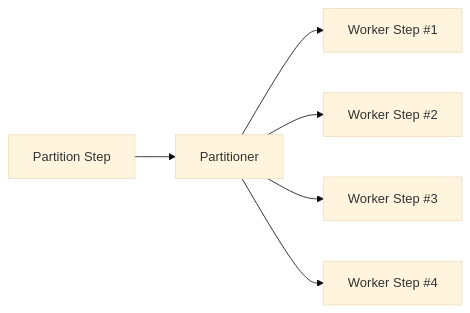
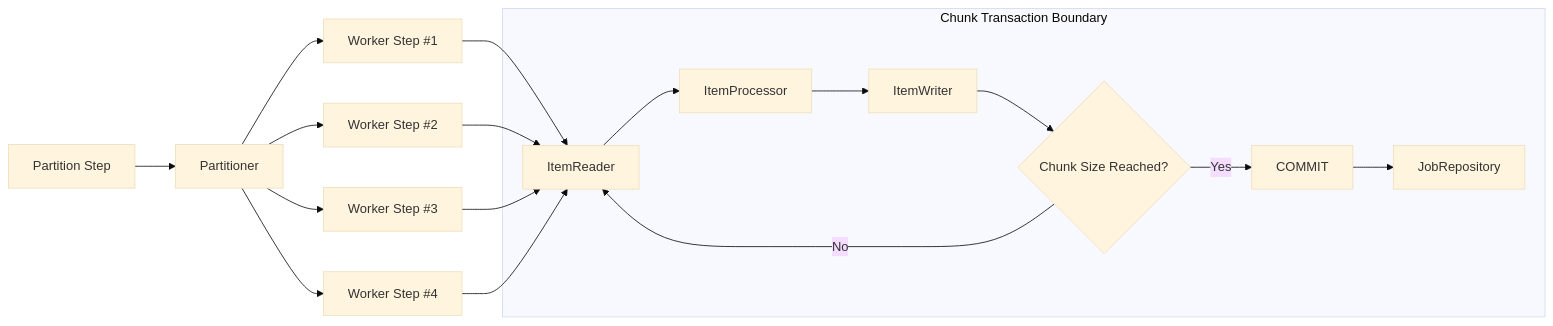
Before and after one commit to 4e-um/.github: the second of 8 diagrams in profile/README.md, drawn with Mermaid (base theme). The commit also changed other lines of this file, not shown here.

````diff
--- a/profile/README.md
+++ b/profile/README.md
@@ -123,8 +412,24 @@
 ```mermaid
 flowchart LR
-    M[Partition Step] --> P[Partitioner]
-    P --> W1[Worker Step #1]
-    P --> W2[Worker Step #2]
-    P --> W3[Worker Step #3]
-    P --> W4[Worker Step #4]
+
+M[Partition Step] --> P[Partitioner]
+
+P --> W1[Worker Step #1]
+P --> W2[Worker Step #2]
+P --> W3[Worker Step #3]
+P --> W4[Worker Step #4]
+
+subgraph Chunk["Chunk Transaction Boundary"]
+    A[ItemReader] --> B[ItemProcessor]
+    B --> C[ItemWriter]
+    C --> D{Chunk Size Reached?}
+    D -- No --> A
+    D -- Yes --> E[COMMIT]
+    E --> F[JobRepository]
+end
+
+W1 --> A
+W2 --> A
+W3 --> A
+W4 --> A
 ```
````
